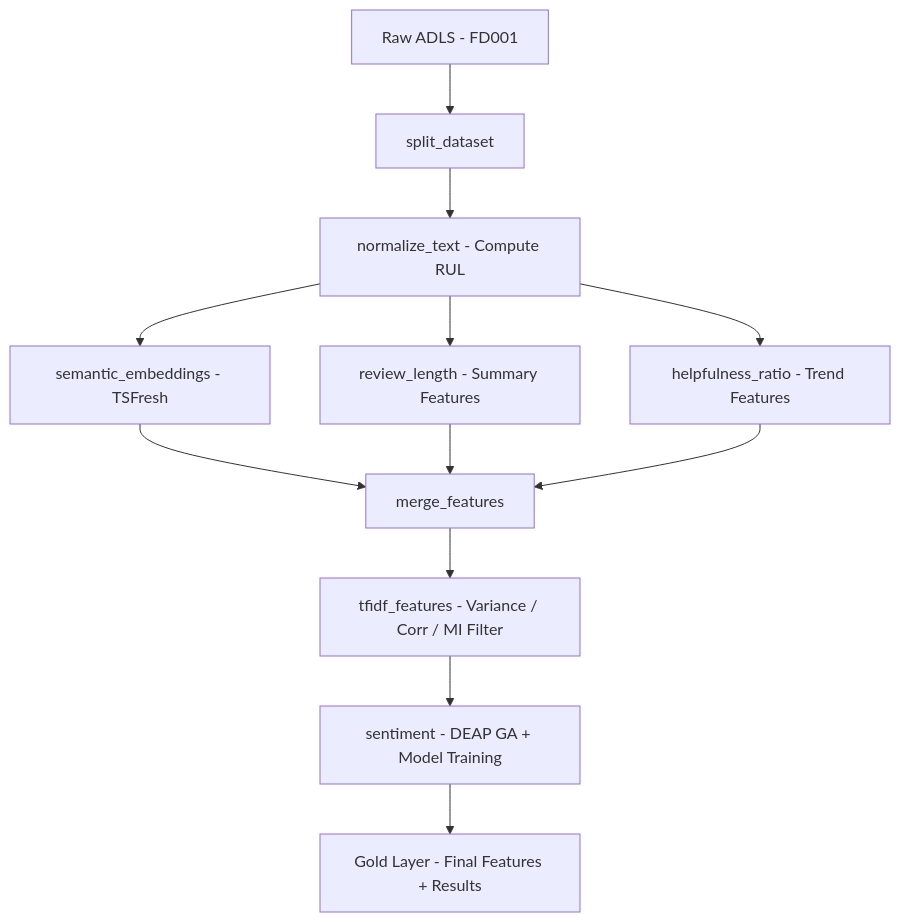
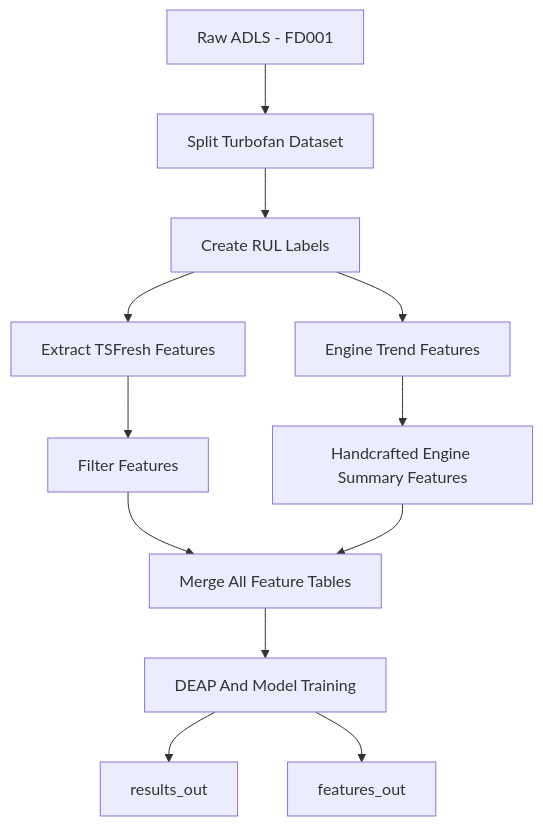
One commit to Rawand-udst/ClouldComputing_labs-Assignment1 changed the diagram in README.md. Above: the diagram before and after it, drawn with Mermaid. The commit also changed other lines of this file, not shown here.

````diff
--- a/README.md
+++ b/README.md
@@ -424,14 +431,14 @@
 ```mermaid
 graph TD
-    A[Raw ADLS - FD001] --> B[split_dataset]
-    B --> C[normalize_text - Compute RUL]
-    C --> D[semantic_embeddings - TSFresh]
-    C --> E[review_length - Summary Features]
-    C --> F[helpfulness_ratio - Trend Features]
-    D --> G[merge_features]
-    E --> G
-    F --> G
-    G --> H[tfidf_features - Variance / Corr / MI Filter]
-    H --> I[sentiment - DEAP GA + Model Training]
-    I --> J[Gold Layer - Final Features + Results]
+    A[Raw ADLS - FD001] --> B[Split Turbofan Dataset]
+    B --> C[Create RUL Labels]
+    C --> D[Extract TSFresh Features]
+    C --> E[Engine Trend Features]
+    D --> F[Filter Features]
+    F --> G[Merge All Feature Tables]
+    E --> H[Handcrafted Engine Summary Features]
+    H --> G
+    G --> I[DEAP And Model Training]
+    I --> J[results_out]
+    I --> K[features_out]
 ```
````
